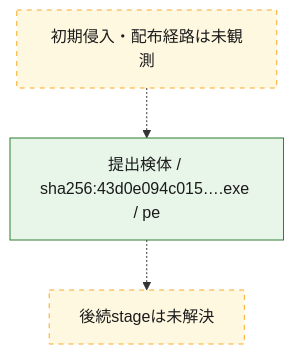
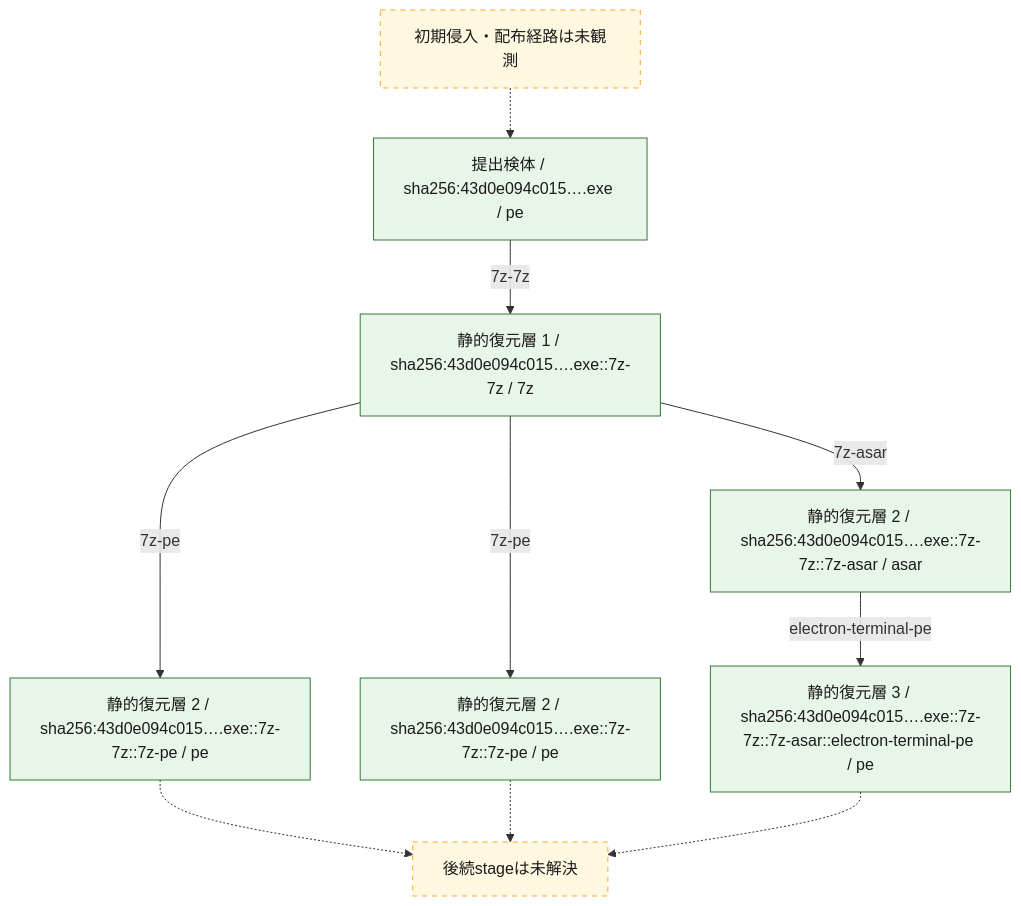
One commit to proshiba/AI-security-analysis changed the second of 3 diagrams in analysis-results/malware/unclassified/versions/unknown/cases/43d0e094c015b78412cc58c2ef1ab1b5734c8096e96add06105cae3e44bfdb8b/OVERALL-LOGIC.md. Above: the diagram before and after it, drawn with Mermaid. The commit also changed other lines of this file and 151 other files, not shown here.

````diff
--- a/analysis-results/malware/unclassified/versions/unknown/cases/43d0e094c015b78412cc58c2ef1ab1b5734c8096e96add06105cae3e44bfdb8b/OVERALL-LOGIC.md
+++ b/analysis-results/malware/unclassified/versions/unknown/cases/43d0e094c015b78412cc58c2ef1ab1b5734c8096e96add06105cae3e44bfdb8b/OVERALL-LOGIC.md
@@ -29,13 +39,25 @@
 ```mermaid
 flowchart TD
   chain_initial["初期侵入・配布経路は未観測"]
   chain_01["提出検体 / sha256:43d0e094c015….exe / pe"]
+  chain_02["静的復元層 1 / sha256:43d0e094c015….exe::7z-7z / 7z"]
+  chain_03["静的復元層 2 / sha256:43d0e094c015….exe::7z-7z::7z-asar / asar"]
+  chain_04["静的復元層 2 / sha256:43d0e094c015….exe::7z-7z::7z-pe / pe"]
+  chain_05["静的復元層 2 / sha256:43d0e094c015….exe::7z-7z::7z-pe / pe"]
+  chain_06["静的復元層 3 / sha256:43d0e094c015….exe::7z-7z::7z-asar::electron-terminal-pe / pe"]
+  chain_01 -->|7z-7z| chain_02
+  chain_02 -->|7z-asar| chain_03
+  chain_02 -->|7z-pe| chain_04
+  chain_02 -->|7z-pe| chain_05
+  chain_03 -->|electron-terminal-pe| chain_06
   chain_initial -.-> chain_01
   chain_unknown["後続stageは未解決"]
-  chain_01 -.-> chain_unknown
+  chain_04 -.-> chain_unknown
+  chain_05 -.-> chain_unknown
+  chain_06 -.-> chain_unknown
   class chain_unknown unresolved
-  class chain_01 confirmed
+  class chain_01,chain_02,chain_03,chain_04,chain_05,chain_06 confirmed
   class chain_initial unresolved
   classDef confirmed fill:#e8f5e9,stroke:#2e7d32,color:#1b1b1b
   classDef unresolved fill:#fff8e1,stroke:#f9a825,color:#1b1b1b,stroke-dasharray:5 5
 ```
````
